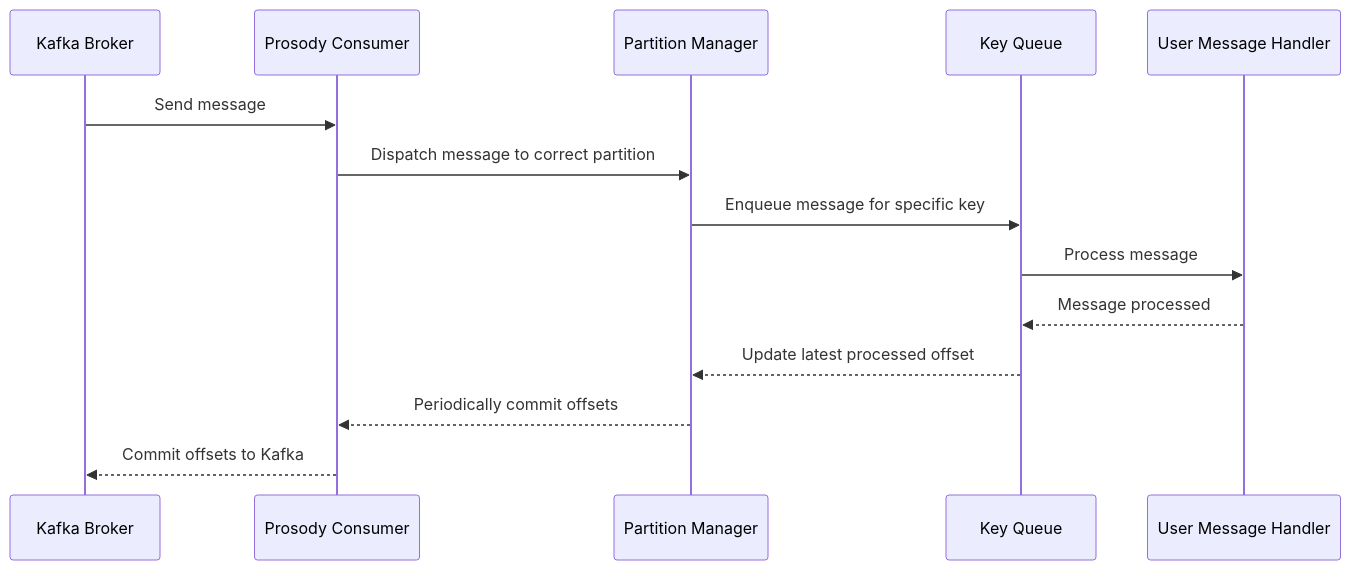
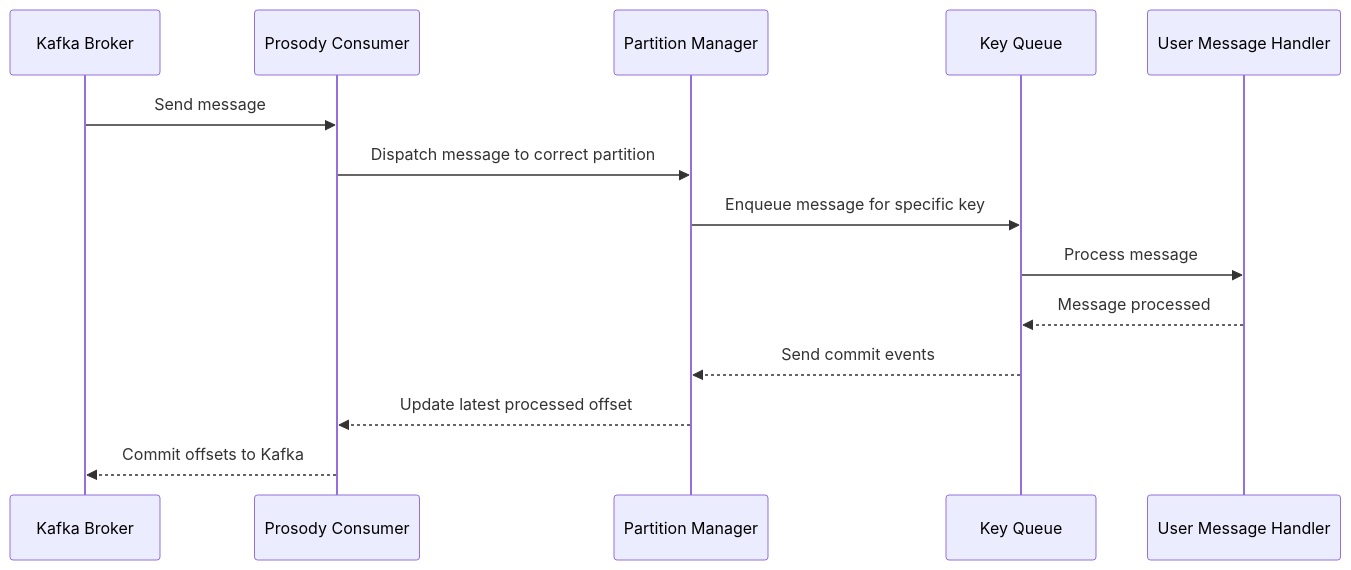
The second of 2 diagrams in prosody/README.md (prosody-events/prosody), drawn with Mermaid before and after one commit. The commit also changed other lines of this file and 19 other files, not shown here.

````diff
--- a/prosody/README.md
+++ b/prosody/README.md
@@ -168,16 +158,16 @@
 ```mermaid
 sequenceDiagram
     participant Kafka Broker
     participant Prosody Consumer
     participant Partition Manager
     participant Key Queue
     participant User Message Handler
     Kafka Broker ->> Prosody Consumer: Send message
     Prosody Consumer ->> Partition Manager: Dispatch message to correct partition
     Partition Manager ->> Key Queue: Enqueue message for specific key
     Key Queue ->> User Message Handler: Process message
     User Message Handler -->> Key Queue: Message processed
-    Key Queue -->> Partition Manager: Update latest processed offset
-    Partition Manager -->> Prosody Consumer: Periodically commit offsets
+    Key Queue -->> Partition Manager: Send commit events
+    Partition Manager -->> Prosody Consumer: Update latest processed offset
     Prosody Consumer -->> Kafka Broker: Commit offsets to Kafka
 ```
````
